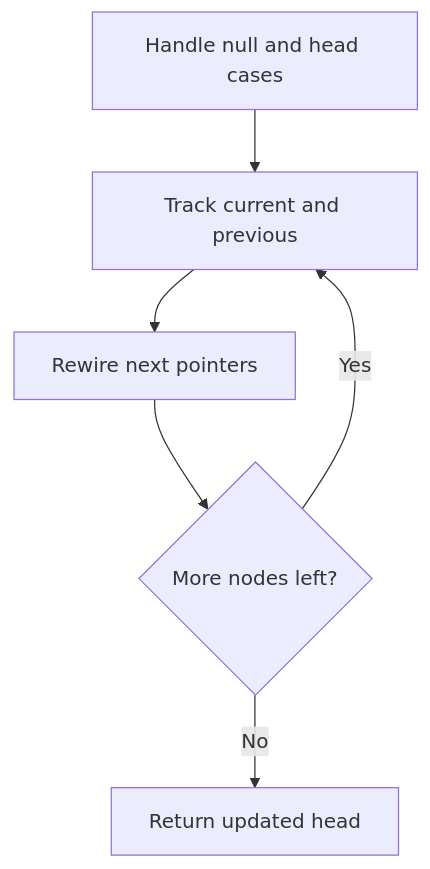
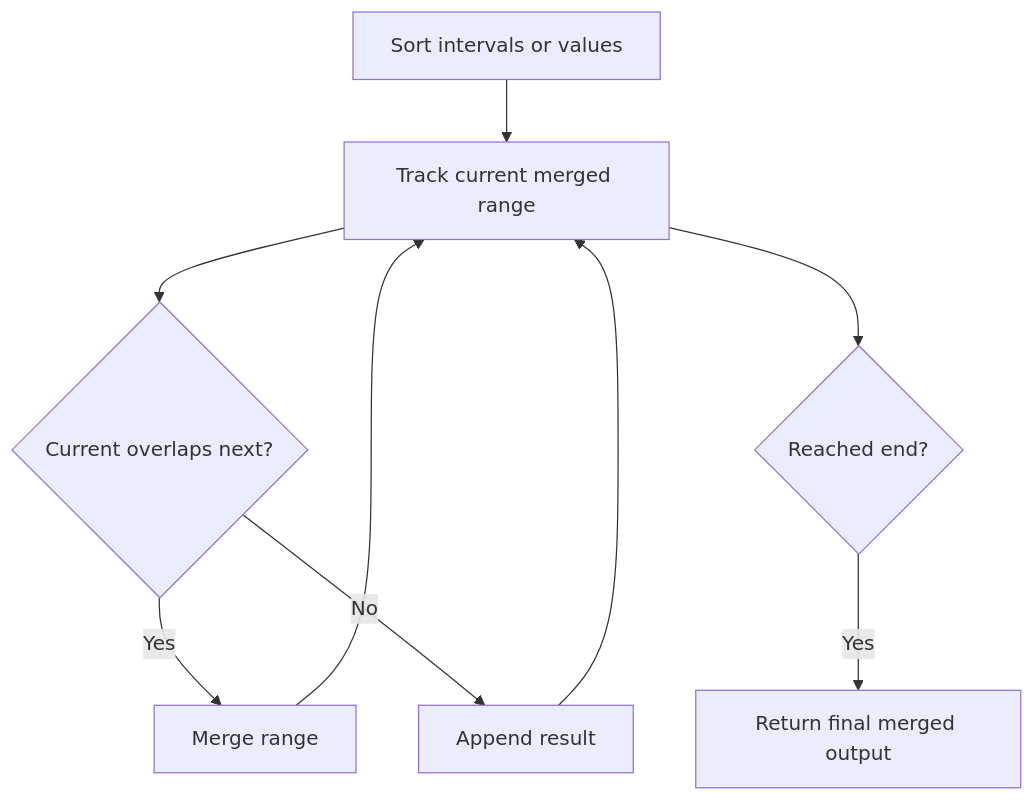
Before and after one commit to keshav-poojary/Leetcode: the diagram in NeetCode-Submissions/06.linked-lists/10-merge-k-sorted-list/readme.md, drawn with Mermaid. The commit also changed 105 other files, not shown here.

Commit message:
Add NeetCode README docs with mermaid diagrams

````diff
--- a/NeetCode-Submissions/06.linked-lists/10-merge-k-sorted-list/readme.md
+++ b/NeetCode-Submissions/06.linked-lists/10-merge-k-sorted-list/readme.md
@@ -32,8 +32,11 @@
 ```mermaid
 flowchart TD
-    A[Handle null and head cases] --> B[Track current and previous]
-    B --> C[Rewire next pointers]
-    C --> D{More nodes left?}
-    D -- Yes --> B
-    D -- No --> E[Return updated head]
+    A[Sort intervals or values] --> B[Track current merged range]
+    B --> C{Current overlaps next?}
+    C -- Yes --> D[Merge range]
+    C -- No --> E[Append result]
+    D --> B
+    E --> B
+    B --> F{Reached end?}
+    F -- Yes --> G[Return final merged output]
 ```
````
